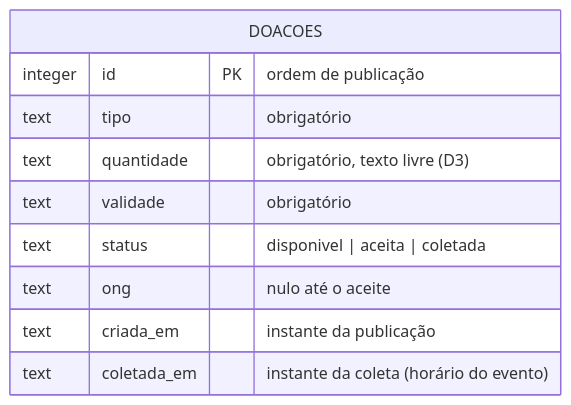
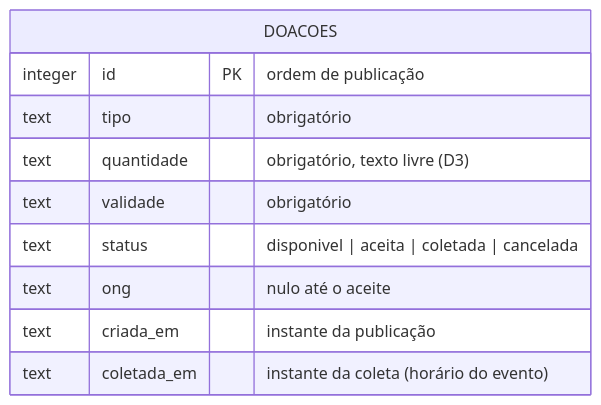
Before and after one commit to igorSeberino/g1126-template-prato-cheio: the diagram in docs/diagramas/dados.md, drawn with Mermaid. The commit also changed other lines of this file and 5 other files, not shown here.

````diff
--- a/docs/diagramas/dados.md
+++ b/docs/diagramas/dados.md
@@ -9,13 +9,13 @@
 ```mermaid
 erDiagram
     DOACOES {
         integer id PK "ordem de publicação"
         text tipo "obrigatório"
         text quantidade "obrigatório, texto livre (D3)"
         text validade "obrigatório"
-        text status "disponivel | aceita | coletada"
+        text status "disponivel | aceita | coletada | cancelada"
         text ong "nulo até o aceite"
         text criada_em "instante da publicação"
         text coletada_em "instante da coleta (horário do evento)"
     }
 ```
````
